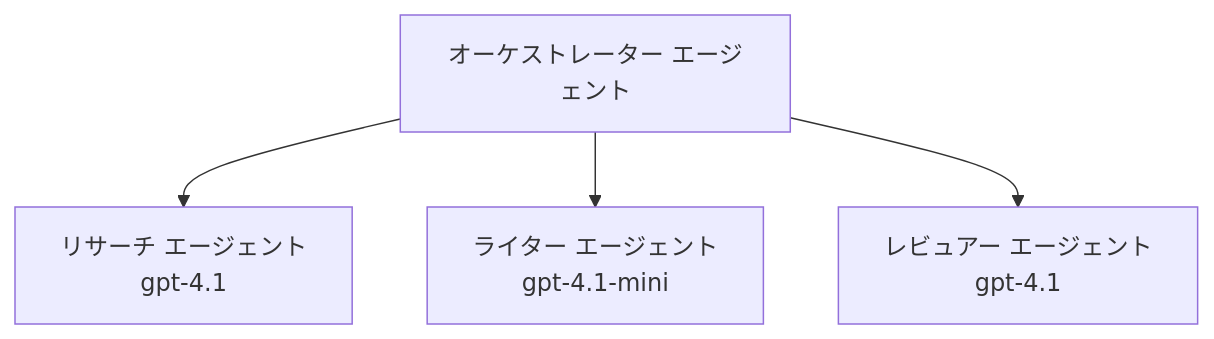
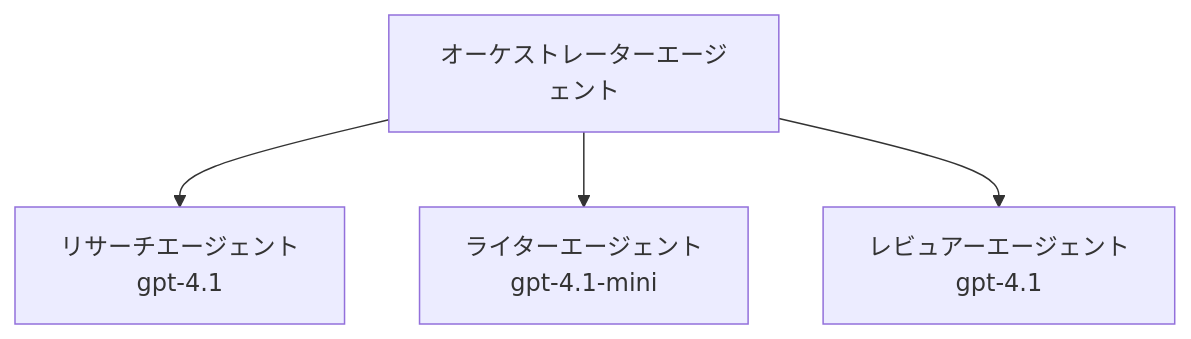
The third of 3 diagrams in translations/ja/docs/chapter-02-ai-development/agents.md (microsoft/AZD-for-beginners), drawn with Mermaid before and after one commit. The commit also changed other lines of this file and 101 other files, not shown here.

````diff
--- a/translations/ja/docs/chapter-02-ai-development/agents.md
+++ b/translations/ja/docs/chapter-02-ai-development/agents.md
@@ -189,6 +194,6 @@
 ```mermaid
 graph TD
-    Orchestrator[オーケストレーター エージェント] --> Research[リサーチ エージェント<br/>gpt-4.1]
-    Orchestrator --> Writer[ライター エージェント<br/>gpt-4.1-mini]
-    Orchestrator --> Reviewer[レビュアー エージェント<br/>gpt-4.1]
+    Orchestrator[オーケストレーターエージェント] --> Research[リサーチエージェント<br/>gpt-4.1]
+    Orchestrator --> Writer[ライターエージェント<br/>gpt-4.1-mini]
+    Orchestrator --> Reviewer[レビュアーエージェント<br/>gpt-4.1]
 ```
````
